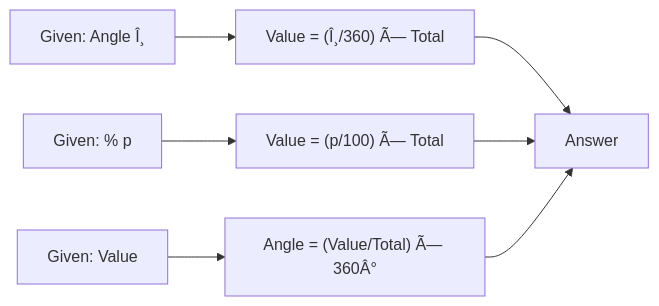
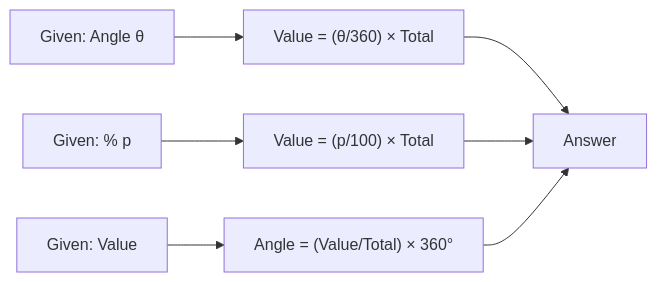
The second of 7 diagrams in docs/courses/quantitative-aptitude/03-data-interpretation.md (Raushan666java/ai-engineering-journey), drawn with Mermaid before and after one commit. The commit also changed other lines of this file and 965 other files, not shown here.

````diff
--- a/docs/courses/quantitative-aptitude/03-data-interpretation.md
+++ b/docs/courses/quantitative-aptitude/03-data-interpretation.md
@@ -145,9 +145,9 @@
 ```mermaid
 flowchart LR
-    A["Given: Angle Î¸"] --> B["Value = (Î¸/360) Ã— Total"]
-    C["Given: % p"] --> D["Value = (p/100) Ã— Total"]
-    E["Given: Value"] --> F["Angle = (Value/Total) Ã— 360Â°"]
+    A["Given: Angle θ"] --> B["Value = (θ/360) × Total"]
+    C["Given: % p"] --> D["Value = (p/100) × Total"]
+    E["Given: Value"] --> F["Angle = (Value/Total) × 360°"]
     B --> G["Answer"]
     D --> G
     F --> G
 ```
````
